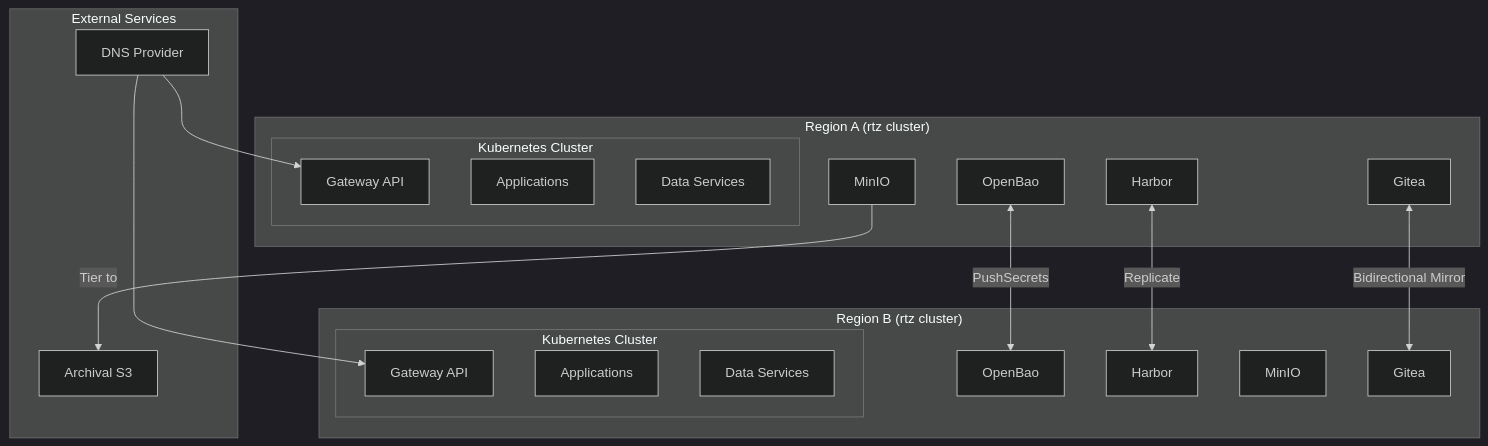
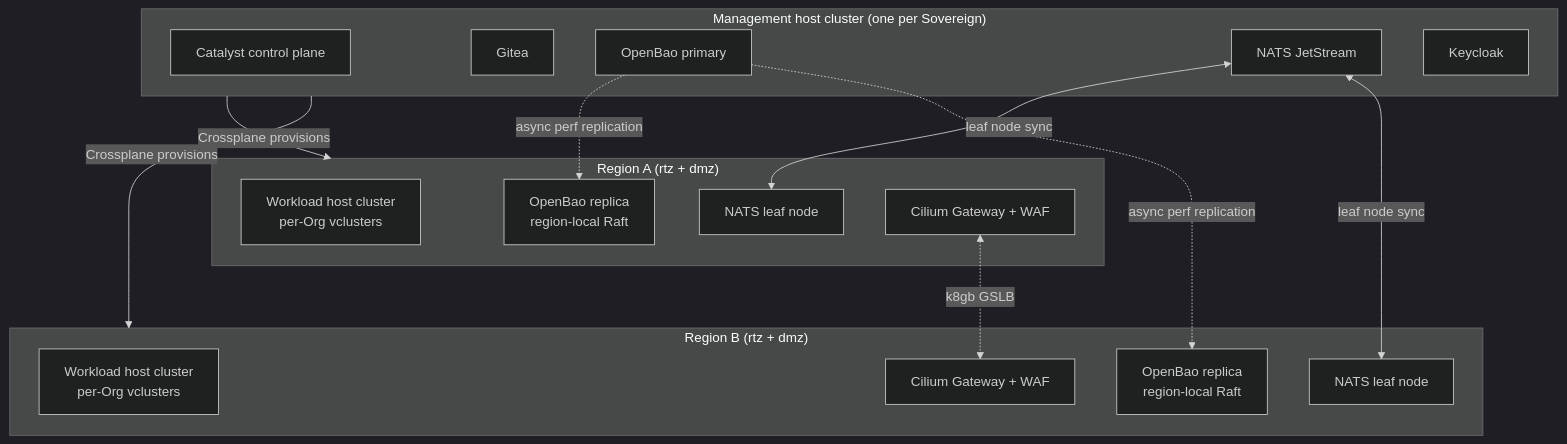
The first of 2 diagrams in docs/PLATFORM-TECH-STACK.md (openova-io/openova), drawn with Mermaid (dark theme) before and after one commit. The commit also changed other lines of this file and 1 other file, not shown here.

First line of the commit message:
docs(stack,sre): align tech stack and SRE handbook with Catalyst control plane

````diff
--- a/docs/PLATFORM-TECH-STACK.md
+++ b/docs/PLATFORM-TECH-STACK.md
@@ -19,38 +220,32 @@
 ```mermaid
 flowchart TB
-    subgraph External["External Services"]
-        DNS[DNS Provider]
-        Archival[Archival S3]
+    subgraph Mgt["Management host cluster (one per Sovereign)"]
+        CC[Catalyst control plane]
+        Gitea
+        Bao0[OpenBao primary]
+        Nats[NATS JetStream]
+        KC[Keycloak]
     end
 
-    subgraph Region1["Region A  (rtz cluster)"]
-        subgraph K8s1["Kubernetes Cluster"]
-            GW1[Gateway API]
-            Apps1[Applications]
-            Data1[Data Services]
-        end
-        Bao1[OpenBao]
-        Harbor1[Harbor]
-        MinIO1[MinIO]
-        Gitea1[Gitea]
+    subgraph RegionA["Region A (rtz + dmz)"]
+        K8sA[Workload host cluster<br>per-Org vclusters]
+        BaoA[OpenBao replica<br>region-local Raft]
+        NatsA[NATS leaf node]
+        IngressA[Cilium Gateway + WAF]
     end
 
-    subgraph Region2["Region B  (rtz cluster)"]
-        subgraph K8s2["Kubernetes Cluster"]
-            GW2[Gateway API]
-            Apps2[Applications]
-            Data2[Data Services]
-        end
-        Bao2[OpenBao]
-        Harbor2[Harbor]
-        MinIO2[MinIO]
-        Gitea2[Gitea]
+    subgraph RegionB["Region B (rtz + dmz)"]
+        K8sB[Workload host cluster<br>per-Org vclusters]
+        BaoB[OpenBao replica<br>region-local Raft]
+        NatsB[NATS leaf node]
+        IngressB[Cilium Gateway + WAF]
     end
 
-    DNS --> GW1
-    DNS --> GW2
-    Harbor1 <-->|"Replicate"| Harbor2
-    MinIO1 -->|"Tier to"| Archival
-    Bao1 <-->|"PushSecrets"| Bao2
-    Gitea1 <-->|"Bidirectional Mirror"| Gitea2
+    Mgt -->|"Crossplane provisions"| RegionA
+    Mgt -->|"Crossplane provisions"| RegionB
+    Bao0 -.->|"async perf replication"| BaoA
+    Bao0 -.->|"async perf replication"| BaoB
+    Nats <-->|"leaf node sync"| NatsA
+    Nats <-->|"leaf node sync"| NatsB
+    IngressA <-.->|"k8gb GSLB"| IngressB
 ```
````
